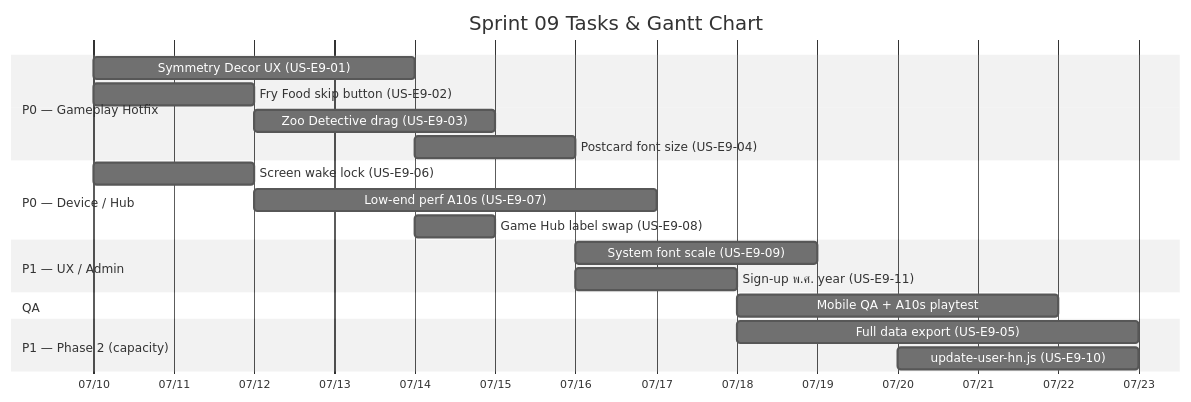
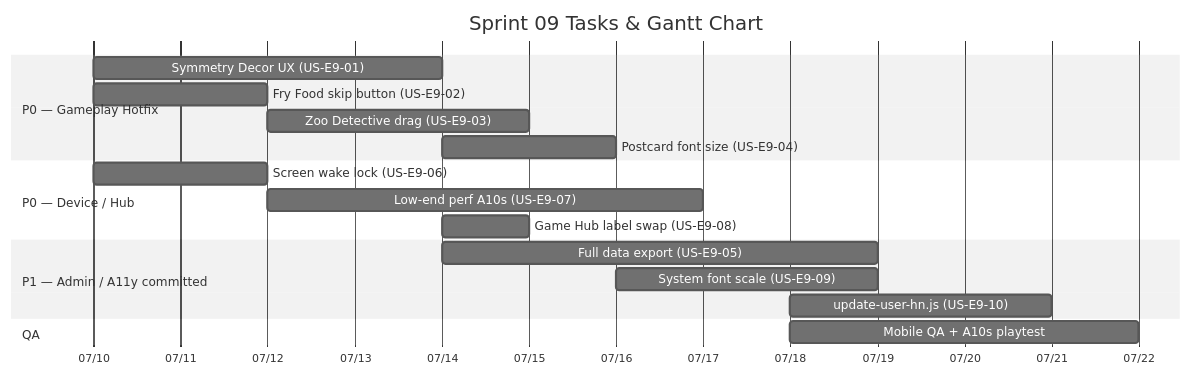
Before and after one commit to ChayutChanmueang/mci-cognitive-game-hub-dev-deploy: the diagram in docs/agile/sprint-backlogs/sprint-09.md, drawn with Mermaid (neutral theme). The commit also changed other lines of this file and 18 other files, not shown here.

````diff
--- a/docs/agile/sprint-backlogs/sprint-09.md
+++ b/docs/agile/sprint-backlogs/sprint-09.md
@@ -11,23 +11,21 @@
 ```mermaid
 gantt
     title Sprint 09 Tasks & Gantt Chart
     dateFormat  YYYY-MM-DD
     axisFormat  %m/%d
     section P0 — Gameplay Hotfix
     Symmetry Decor UX (US-E9-01)     :t1, 2026-07-10, 4d
     Fry Food skip button (US-E9-02)  :t2, 2026-07-10, 2d
     Zoo Detective drag (US-E9-03)    :t3, 2026-07-12, 3d
     Postcard font size (US-E9-04)    :t4, 2026-07-14, 2d
     section P0 — Device / Hub
     Screen wake lock (US-E9-06)      :t6, 2026-07-10, 2d
     Low-end perf A10s (US-E9-07)     :t7, 2026-07-12, 5d
     Game Hub label swap (US-E9-08)   :t8, 2026-07-14, 1d
-    section P1 — UX / Admin
+    section P1 — Admin / A11y committed
+    Full data export (US-E9-05)      :t5, 2026-07-14, 5d
     System font scale (US-E9-09)     :t9, 2026-07-16, 3d
-    Sign-up พ.ศ. year (US-E9-11)    :t10, 2026-07-16, 2d
+    update-user-hn.js (US-E9-10)     :t11, 2026-07-18, 3d
     section QA
     Mobile QA + A10s playtest      :q1, 2026-07-18, 4d
-    section P1 — Phase 2 (capacity)
-    Full data export (US-E9-05)      :t5, 2026-07-18, 5d
-    update-user-hn.js (US-E9-10)     :t11, 2026-07-20, 3d
 ```
````
